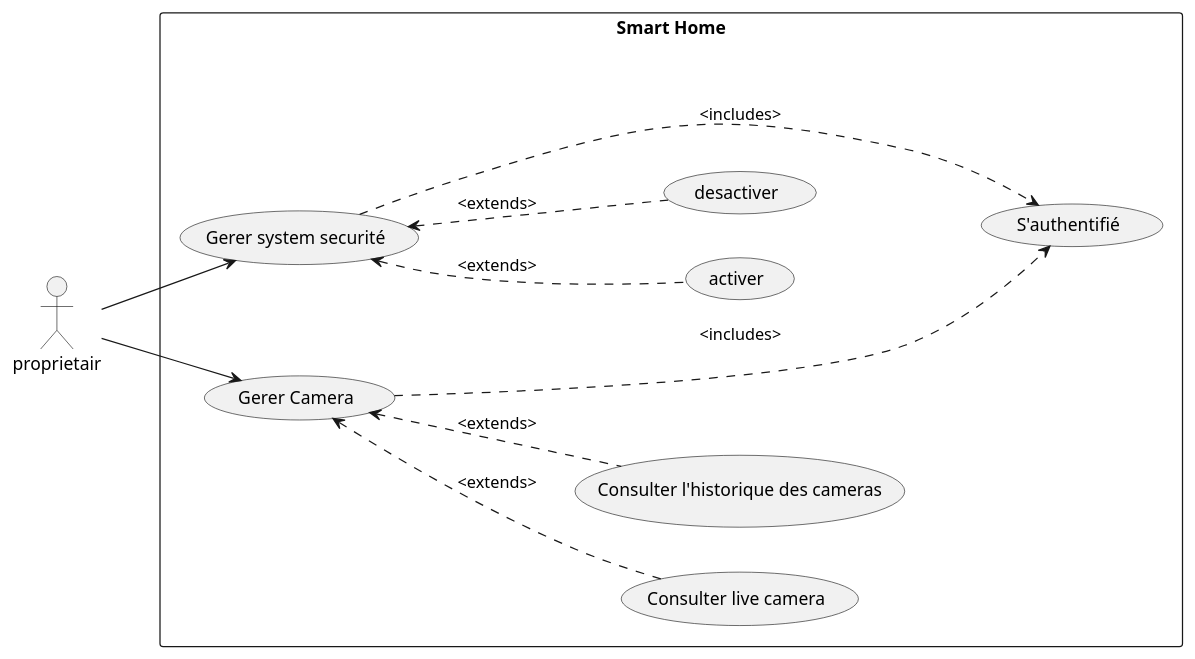
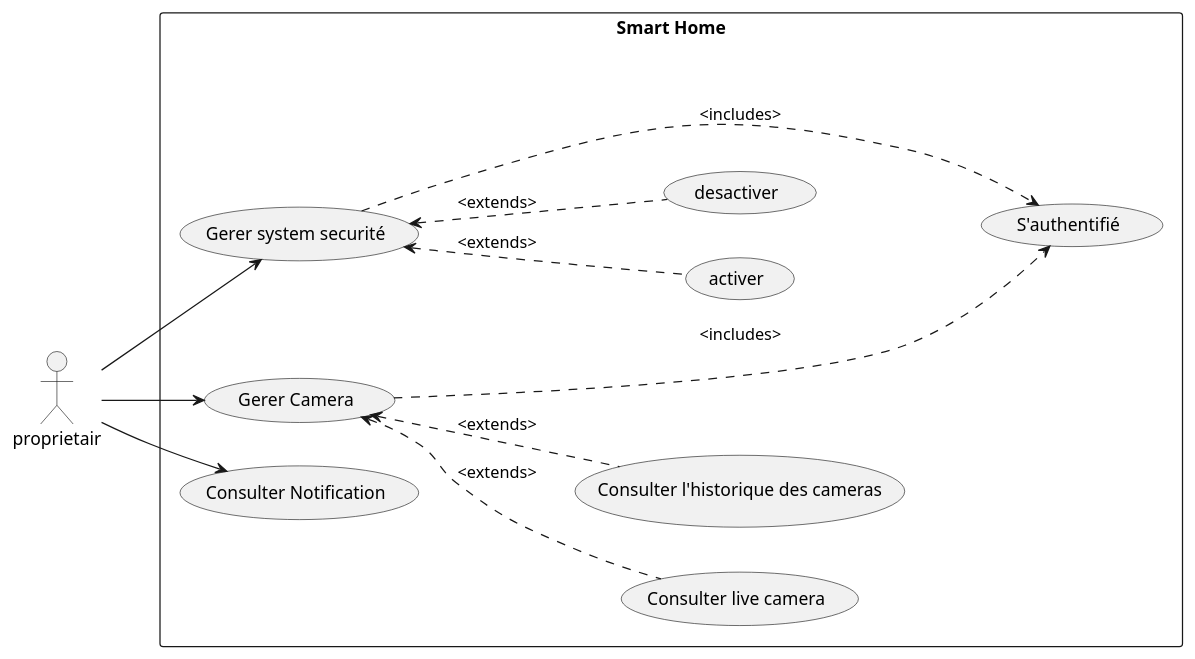
The diagram in UmlDiagrams/DCUProprietair.puml (SemSSK/SmartHome), drawn with PlantUML before and after one commit. The commit also changed 9 other files, not shown here.

```diff
--- a/UmlDiagrams/DCUProprietair.puml
+++ b/UmlDiagrams/DCUProprietair.puml
@@ -1,21 +1,23 @@
 @startuml
     left to right direction
     actor proprietair as prop
     rectangle "Smart Home"{
         usecase "Gerer system securité" as gss
         usecase "Gerer Camera" as manageCams
         usecase "Consulter live camera" as consultLive
         usecase "Consulter l'historique des cameras" as consultHistory
         usecase activer
         usecase desactiver
         usecase "S'authentifié" as login 
+        usecase "Consulter Notification" as consultNotif
     }
     prop --> manageCams
     prop --> gss
+    prop --> consultNotif
     gss <.down. activer : <extends>
     gss <.down. desactiver : <extends>
     manageCams <.down. consultHistory : <extends>
     manageCams <.down. consultLive : <extends>
     gss .down..> login : <includes>
     manageCams .down..> login : <includes>
 @enduml
```
